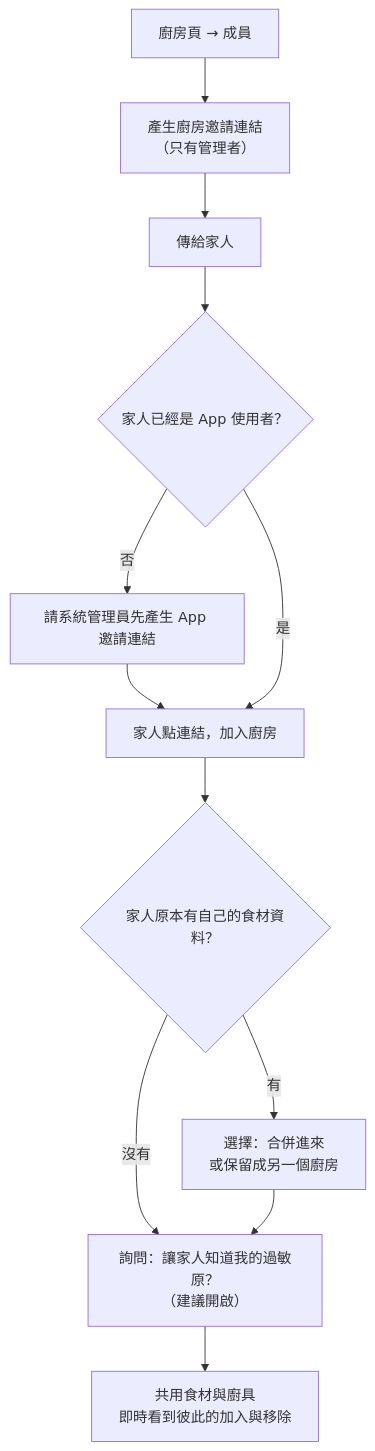
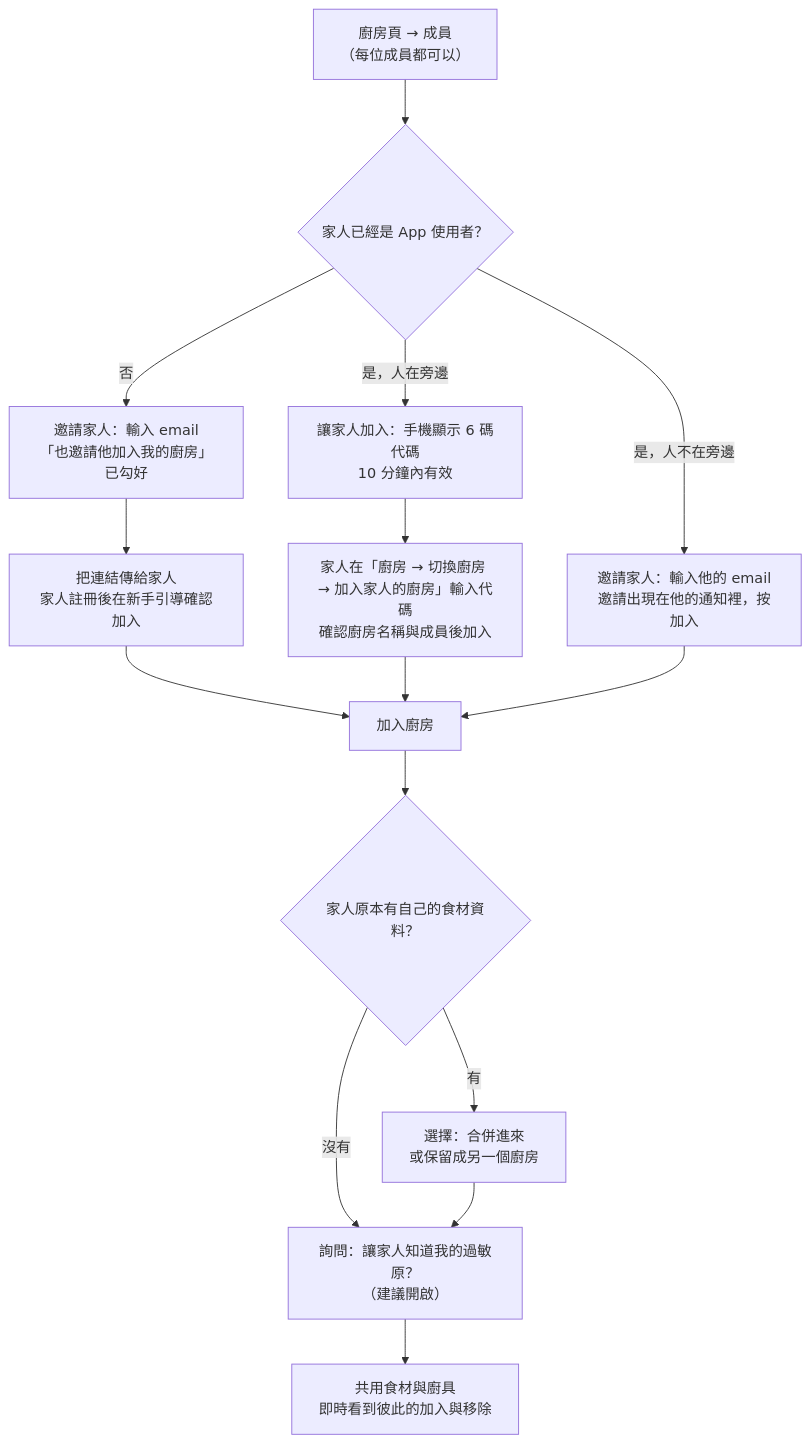
The sixth of 8 diagrams in docs/09-user-flows.md (LeeBoYin/cooking-recipe-app), drawn with Mermaid before and after one commit. The commit also changed other lines of this file and 14 other files, not shown here.

````diff
--- a/docs/09-user-flows.md
+++ b/docs/09-user-flows.md
@@ -177,14 +177,17 @@
 ```mermaid
 flowchart TD
-  A[廚房頁 → 成員] --> B[產生廚房邀請連結<br/>（只有管理者）]
-  B --> C[傳給家人]
-  C --> D{家人已經是 App 使用者？}
-  D -- 否 --> E[請系統管理員先產生 App 邀請連結]
-  E --> F
-  D -- 是 --> F[家人點連結，加入廚房]
+  A[廚房頁 → 成員<br/>（每位成員都可以）] --> D{家人已經是 App 使用者？}
+  D -- 否 --> B[邀請家人：輸入 email<br/>「也邀請他加入我的廚房」已勾好]
+  B --> C[把連結傳給家人<br/>家人註冊後在新手引導確認加入]
+  D -- 是，人在旁邊 --> K[讓家人加入：手機顯示 6 碼代碼<br/>10 分鐘內有效]
+  K --> L[家人在「廚房 → 切換廚房 → 加入家人的廚房」輸入代碼<br/>確認廚房名稱與成員後加入]
+  D -- 是，人不在旁邊 --> M[邀請家人：輸入他的 email<br/>邀請出現在他的通知裡，按加入]
+  C --> F[加入廚房]
+  L --> F
+  M --> F
   F --> G{家人原本有自己的食材資料？}
   G -- 有 --> H[選擇：合併進來<br/>或保留成另一個廚房]
   G -- 沒有 --> I
   H --> I[詢問：讓家人知道我的過敏原？<br/>（建議開啟）]
   I --> J[共用食材與廚具<br/>即時看到彼此的加入與移除]
 ```
````
